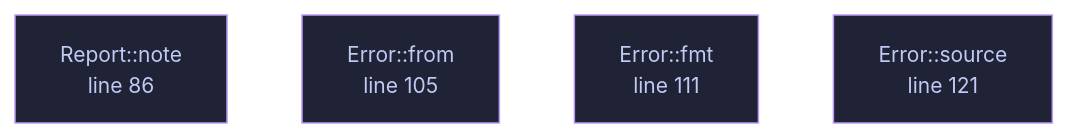
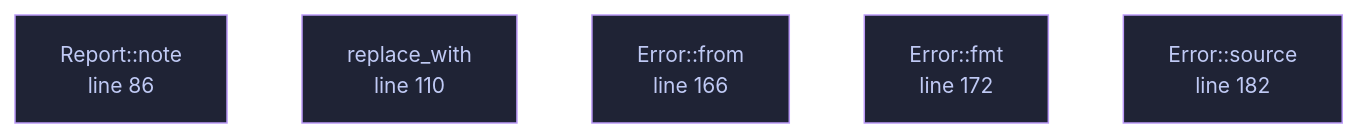
Before and after one commit to tilas01/veilvoice: the diagram in docs/files/veilvoice-meta/lib.md, drawn with Mermaid. The commit also changed other lines of this file and 82 other files, not shown here.

````diff
--- a/docs/files/veilvoice-meta/lib.md
+++ b/docs/files/veilvoice-meta/lib.md
@@ -95,14 +95,16 @@
 ```mermaid
 %%{init: {"theme":"base","themeVariables":{"background":"#1a1b26","primaryColor":"#1f2335","primaryTextColor":"#c0caf5","primaryBorderColor":"#7aa2f7","secondaryColor":"#16161e","tertiaryColor":"#16161e","lineColor":"#737aa2","textColor":"#c0caf5","mainBkg":"#1f2335","nodeBorder":"#7aa2f7","clusterBkg":"#16161e","clusterBorder":"#2f3549","fontFamily":"ui-monospace, SFMono-Regular, Consolas, monospace","fontSize":"14px"}}}%%
 flowchart TD
     n_note["Report::note<br/>line 86"]
-    n_from["Error::from<br/>line 105"]
-    n_fmt["Error::fmt<br/>line 111"]
-    n_source["Error::source<br/>line 121"]
+    n_replace_with["replace_with<br/>line 110"]
+    n_from["Error::from<br/>line 166"]
+    n_fmt["Error::fmt<br/>line 172"]
+    n_source["Error::source<br/>line 182"]
     click n_note href "https://github.com/tilas01/veilvoice/blob/main/crates/veilvoice-meta/src/lib.rs#L86" "open the source"
-    click n_from href "https://github.com/tilas01/veilvoice/blob/main/crates/veilvoice-meta/src/lib.rs#L105" "open the source"
-    click n_fmt href "https://github.com/tilas01/veilvoice/blob/main/crates/veilvoice-meta/src/lib.rs#L111" "open the source"
-    click n_source href "https://github.com/tilas01/veilvoice/blob/main/crates/veilvoice-meta/src/lib.rs#L121" "open the source"
+    click n_replace_with href "https://github.com/tilas01/veilvoice/blob/main/crates/veilvoice-meta/src/lib.rs#L110" "open the source"
+    click n_from href "https://github.com/tilas01/veilvoice/blob/main/crates/veilvoice-meta/src/lib.rs#L166" "open the source"
+    click n_fmt href "https://github.com/tilas01/veilvoice/blob/main/crates/veilvoice-meta/src/lib.rs#L172" "open the source"
+    click n_source href "https://github.com/tilas01/veilvoice/blob/main/crates/veilvoice-meta/src/lib.rs#L182" "open the source"
     classDef helper fill:#1f2335,stroke:#bb9af7,color:#c0caf5
-    class n_note,n_from,n_fmt,n_source helper
+    class n_note,n_replace_with,n_from,n_fmt,n_source helper
 ```
````
